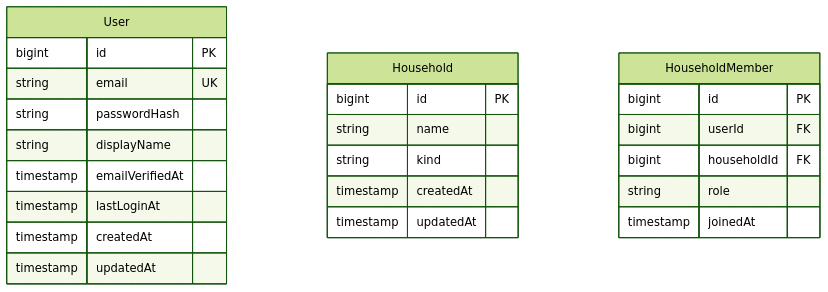
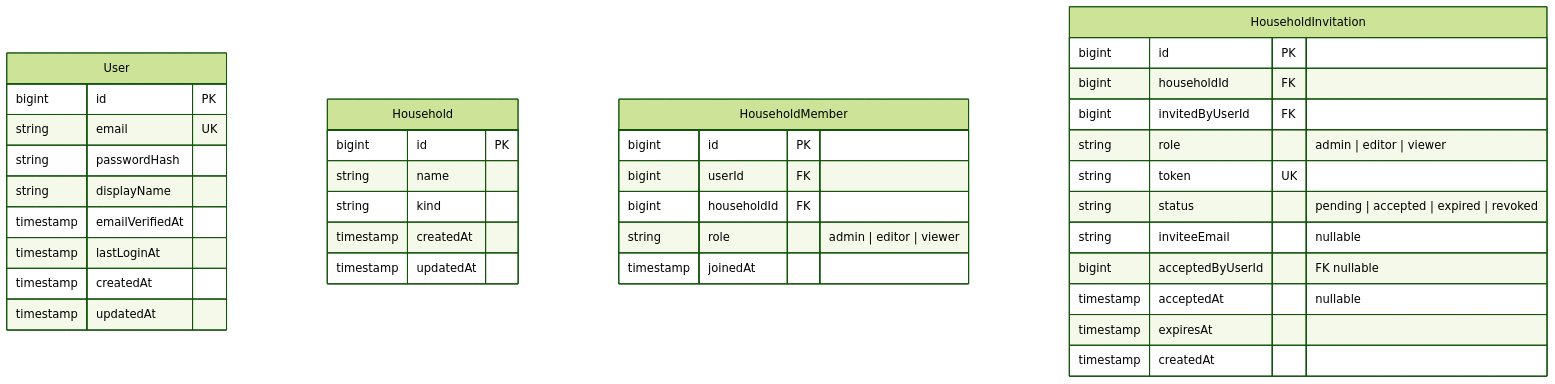
Before and after one commit to wukdddang/home-inventory-manager: the second of 7 diagrams in docs/design/v2/entity-logical-design.md, drawn with Mermaid (forest theme). The commit also changed other lines of this file and 16 other files, not shown here.

````diff
--- a/docs/design/v2/entity-logical-design.md
+++ b/docs/design/v2/entity-logical-design.md
@@ -83,27 +90,40 @@
 ```mermaid
 erDiagram
     User {
         bigint id PK
         string email UK
         string passwordHash
         string displayName
         timestamp emailVerifiedAt
         timestamp lastLoginAt
         timestamp createdAt
         timestamp updatedAt
     }
     Household {
         bigint id PK
         string name
         string kind
         timestamp createdAt
         timestamp updatedAt
     }
     HouseholdMember {
         bigint id PK
         bigint userId FK
         bigint householdId FK
-        string role
+        string role "admin | editor | viewer"
         timestamp joinedAt
     }
+    HouseholdInvitation {
+        bigint id PK
+        bigint householdId FK
+        bigint invitedByUserId FK
+        string role "admin | editor | viewer"
+        string token UK
+        string status "pending | accepted | expired | revoked"
+        string inviteeEmail "nullable"
+        bigint acceptedByUserId "FK nullable"
+        timestamp acceptedAt "nullable"
+        timestamp expiresAt
+        timestamp createdAt
+    }
 ```
````
